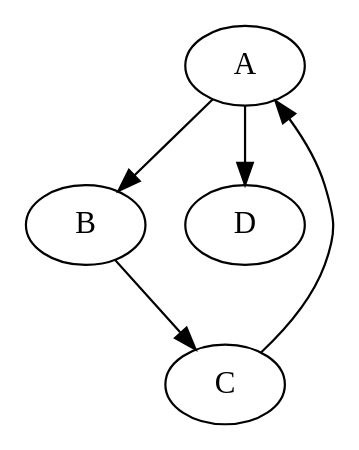
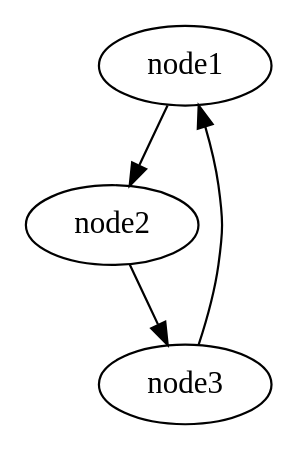
The first of 2 diagrams in README.md (MauroZorzin/small-world-property), drawn with Graphviz before and after one commit. The commit also changed other lines of this file and 5 other files, not shown here.

````diff
--- a/README.md
+++ b/README.md
@@ -114,8 +102,7 @@
 ```dot
-digraph G {
-    A -> B;
-    B -> C;
-    C -> A;
-    A -> D [weight=2.5];
+digraph GraphName {
+    node1 -> node2;
+    node2 -> node3;
+    node3 -> node1;
 }
 ```
````
